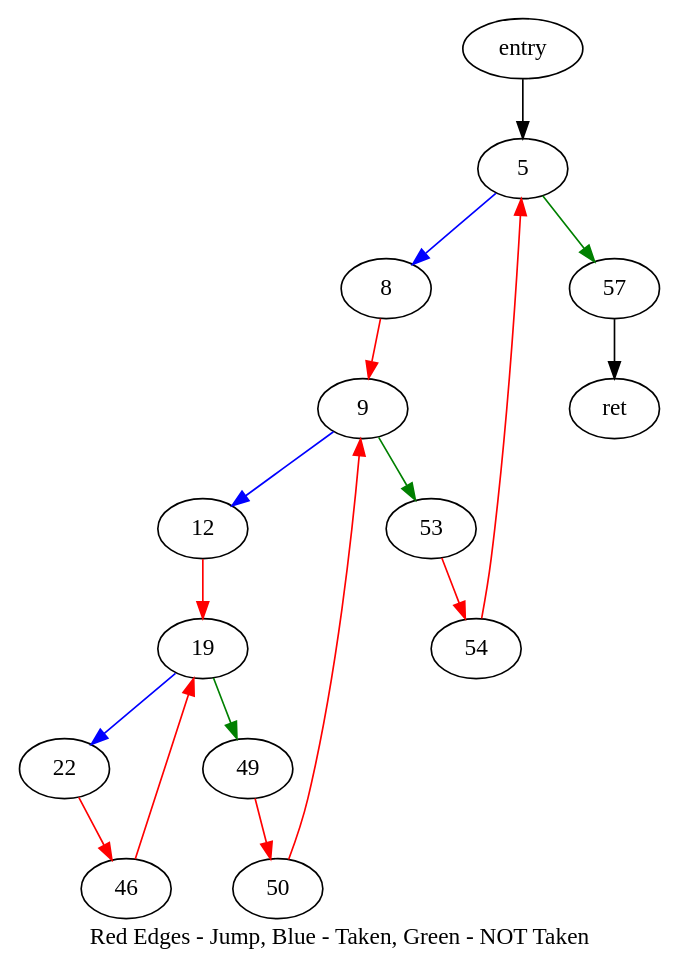
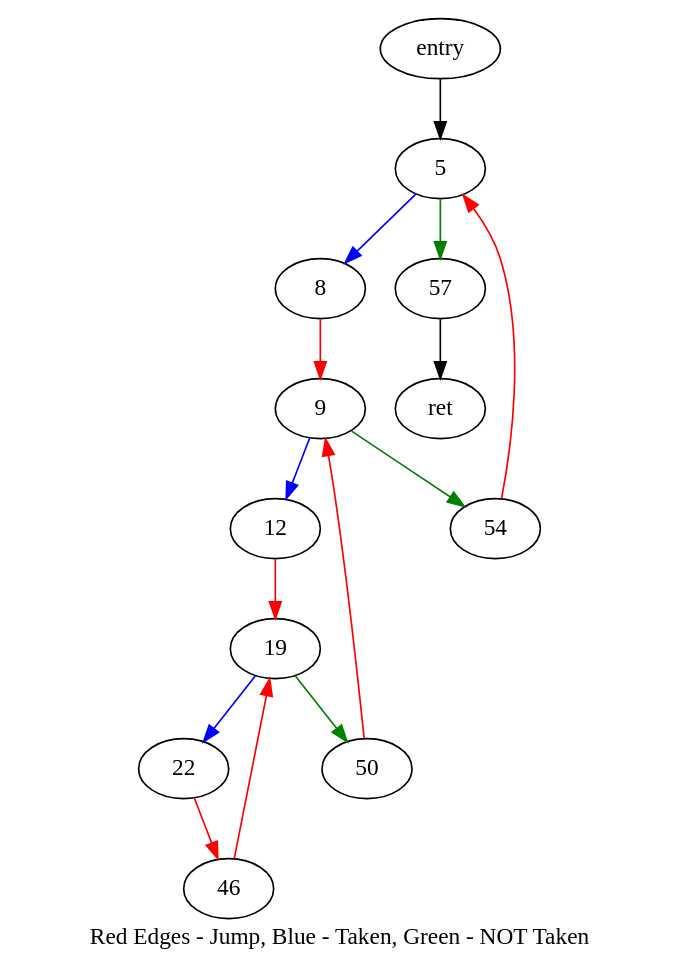
The diagram in compiler/llvm/test_mmm/mmm_cfg.dot (IAMAl/ElectronNest_SV), drawn with Graphviz before and after one commit. The commit also changed 39 other files, not shown here.

```diff
--- a/compiler/llvm/test_mmm/mmm_cfg.dot
+++ b/compiler/llvm/test_mmm/mmm_cfg.dot
@@ -1,20 +1,18 @@
 digraph G {
 compound=true
 label="Red Edges - Jump, Blue - Taken, Green - NOT Taken"
 "entry" -> "5"[color=black dir=black]
 "5" -> "8"[color=blue dir=black]
 "5" -> "57"[color=green dir=black]
 "8" -> "9"[color=red dir=black]
 "9" -> "12"[color=blue dir=black]
-"9" -> "53"[color=green dir=black]
+"9" -> "54"[color=green dir=black]
 "12" -> "19"[color=red dir=black]
 "19" -> "22"[color=blue dir=black]
-"19" -> "49"[color=green dir=black]
+"19" -> "50"[color=green dir=black]
 "22" -> "46"[color=red dir=black]
 "46" -> "19"[color=red dir=black]
-"49" -> "50"[color=red dir=black]
 "50" -> "9"[color=red dir=black]
-"53" -> "54"[color=red dir=black]
 "54" -> "5"[color=red dir=black]
 "57" -> "ret"[color=black dir=black]
 }
```
